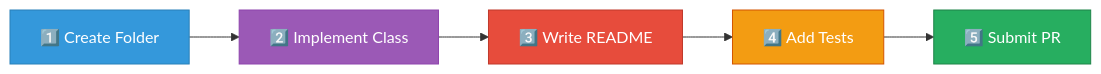
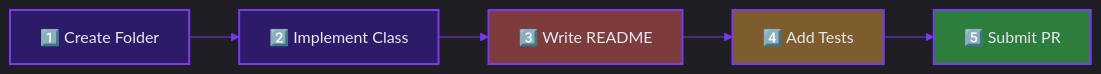
One commit to Stiven-Gjekaj/SpeedyFibonacci changed the fourth of 4 diagrams in README.md. Above: the diagram before and after it, drawn with Mermaid. The commit also changed other lines of this file, not shown here.

````diff
--- a/README.md
+++ b/README.md
@@ -331,13 +334,14 @@
 ```mermaid
+%%{init: {'theme': 'dark', 'themeVariables': {'primaryColor': '#2d1b69', 'primaryTextColor': '#e6e8ef', 'primaryBorderColor': '#7c3aed', 'lineColor': '#7c3aed', 'secondBkgColor': '#111217', 'tertiaryColor': '#1a1a2e'}}}%%
 flowchart LR
     A[1️⃣ Create Folder] --> B[2️⃣ Implement Class]
     B --> C[3️⃣ Write README]
     C --> D[4️⃣ Add Tests]
     D --> E[5️⃣ Submit PR]
 
-    style A fill:#3498db,stroke:#2980b9,color:#fff
-    style B fill:#9b59b6,stroke:#8e44ad,color:#fff
-    style C fill:#e74c3c,stroke:#c0392b,color:#fff
-    style D fill:#f39c12,stroke:#d35400,color:#fff
-    style E fill:#27ae60,stroke:#1e8449,color:#fff
+    style A fill:#2d1b69,stroke:#7c3aed,color:#e6e8ef,stroke-width:2px
+    style B fill:#2d1b69,stroke:#7c3aed,color:#e6e8ef,stroke-width:2px
+    style C fill:#7d3c3c,stroke:#7c3aed,color:#e6e8ef,stroke-width:2px
+    style D fill:#7d5d2d,stroke:#7c3aed,color:#e6e8ef,stroke-width:2px
+    style E fill:#2d7d3c,stroke:#7c3aed,color:#e6e8ef,stroke-width:2px
 ```
````
